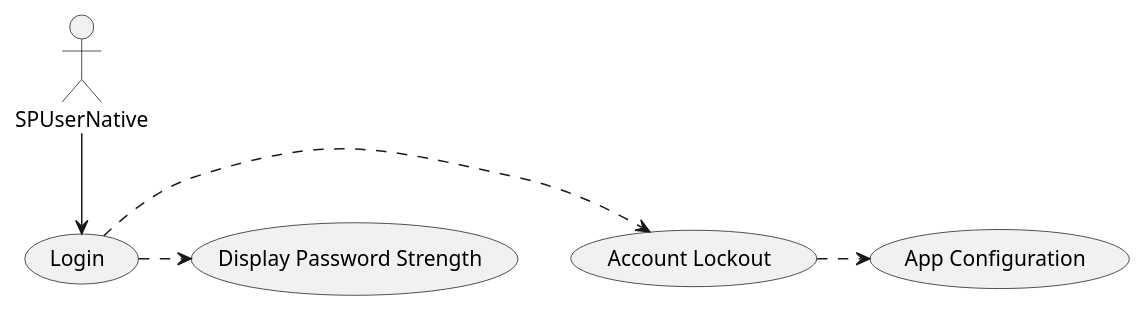
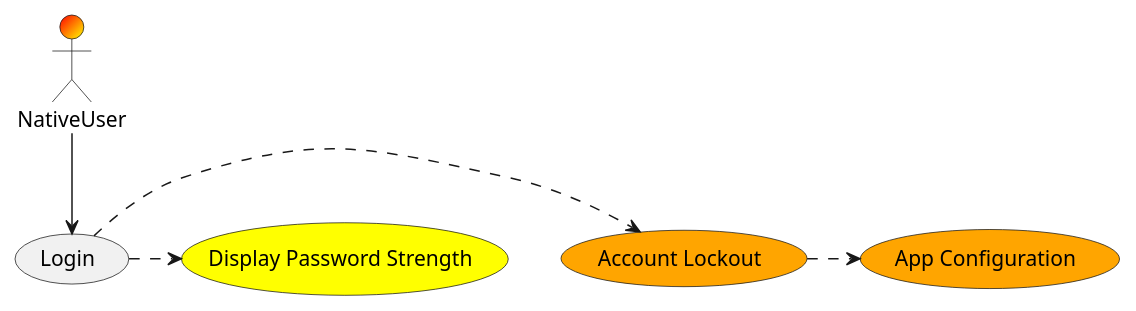
One commit to gopiraj22/eleventy-gopi changed the diagram in index.md. Above: the diagram before and after it, drawn with PlantUML. The commit also changed other lines of this file and 6 other files, not shown here.

````diff
--- a/index.md
+++ b/index.md
@@ -5,13 +9,14 @@
 ```plantuml
-(Login) as (loginuc)
-(Account Lockout) as (lockoutuc)
-(Display Password Strength) as (strengthuc)
-(App Configuration) as (configuc)
+actor NativeUser #Red/Yellow
+(Login) as (loginuc) 
+(Account Lockout) as (lockoutuc) #orange
+(Display Password Strength) as (strengthuc) #yellow
+(App Configuration) as (configuc) #orange
 
-SPUserNative --> (loginuc)
+NativeUser --> (loginuc)
 
 (loginuc) .>(lockoutuc) <<include>>
 (loginuc) .>(strengthuc) <<include>>
 
 (lockoutuc) .> (configuc)
 ```
````
